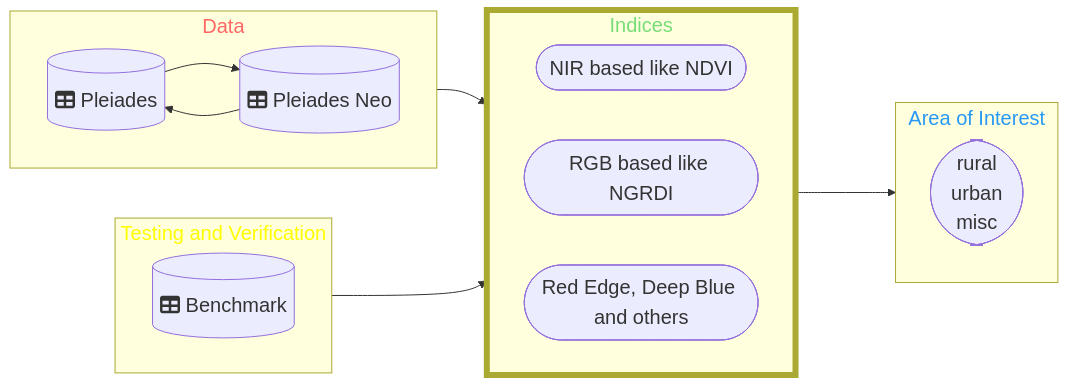
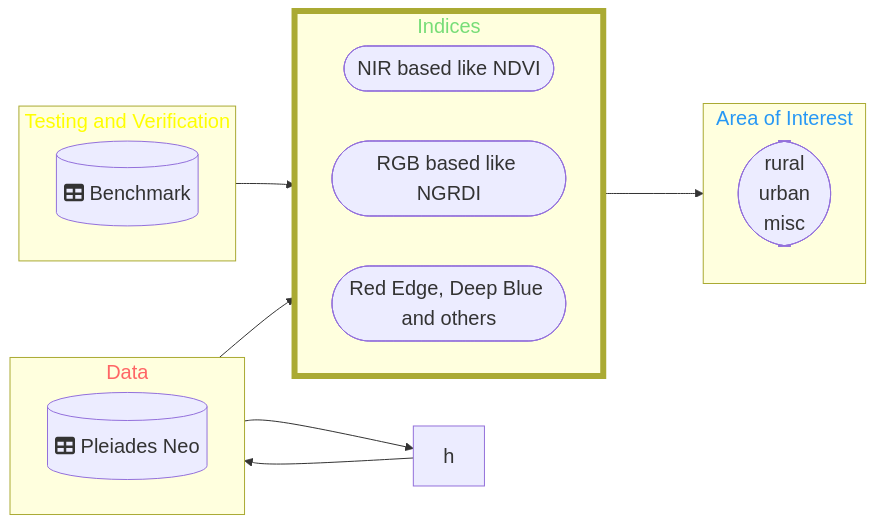
One commit to DippoldEJ/Feature-Detection-and-Explanation changed the diagram in Area-Features/README.md. Above: the diagram before and after it, drawn with Mermaid.

````diff
--- a/Area-Features/README.md
+++ b/Area-Features/README.md
@@ -12,45 +12,44 @@
 ```mermaid
 flowchart LR;
 %%{init: {
 	'themeVariables': { 'fontSize': '20px', 'fontFamily': 'Didot'}
 	}
 }%%
 
  subgraph n[Data]
         direction LR
-        h[(fa:fa-table Pleiades)]
         b[(fa:fa-table Pleiades Neo)]
     end
 
  subgraph q[Testing and Verification]
         direction LR
         r[(fa:fa-table Benchmark)]
     end
 
  subgraph o[Indices]
         direction LR
         j([NIR based like NDVI])
         c([RGB based like NGRDI])
         m([Red Edge, Deep Blue and others])
     end
 
 subgraph p[Area of Interest]
     a([rural <br /> urban  <br />  misc])
     end
 
 style n color:#f66
 style o stroke-width:6px
 style o color:#77DD77
 
 style p color:#2798F5
 style q color:#FFFF00
 
 n-->o
 o-->p
 q-->o
 
 
 h-->b
 b-->h
 
 ```
````
